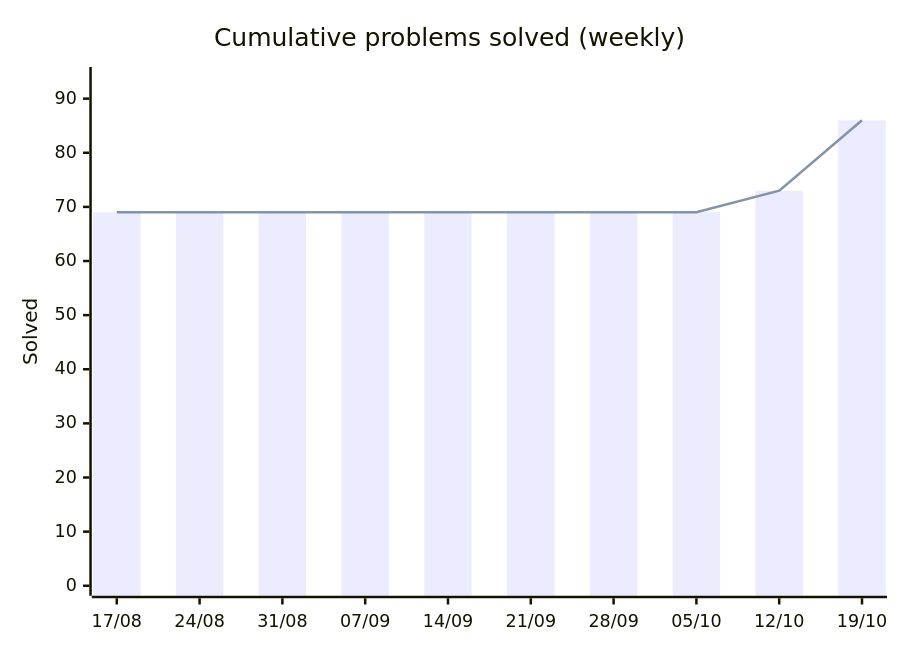
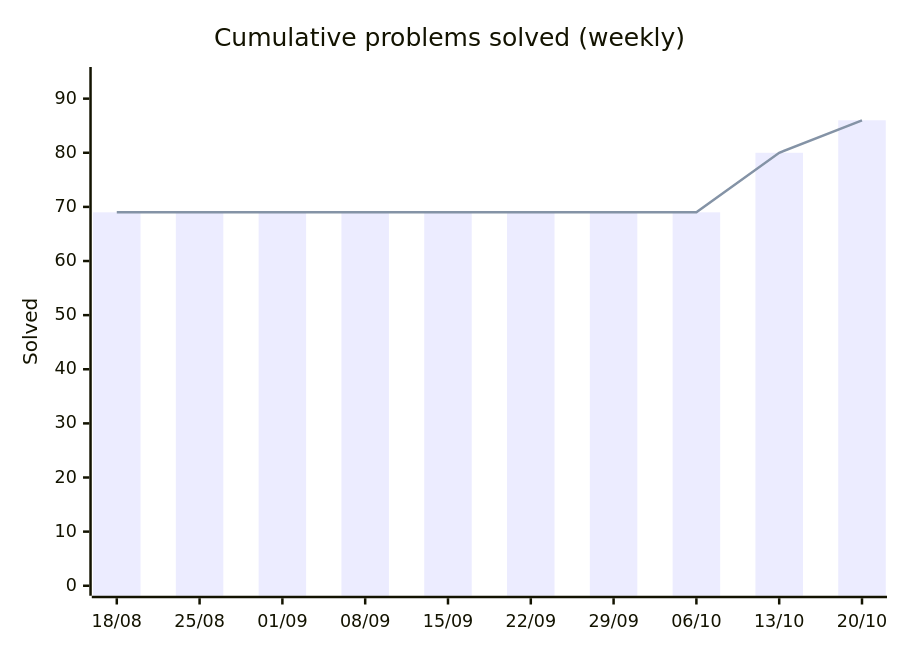
One commit to HarryTrn/TensorTonic-Solutions changed the first of 2 diagrams in README.md. Above: the diagram before and after it, drawn with Mermaid. The commit also changed other lines of this file, not shown here.

````diff
--- a/README.md
+++ b/README.md
@@ -65,8 +65,8 @@
 ```mermaid
 xychart-beta
     title "Cumulative problems solved (weekly)"
-    x-axis ["17/08", "24/08", "31/08", "07/09", "14/09", "21/09", "28/09", "05/10", "12/10", "19/10"]
+    x-axis ["18/08", "25/08", "01/09", "08/09", "15/09", "22/09", "29/09", "06/10", "13/10", "20/10"]
     y-axis "Solved" 0 --> 94
-    bar [69, 69, 69, 69, 69, 69, 69, 69, 73, 86]
-    line [69, 69, 69, 69, 69, 69, 69, 69, 73, 86]
+    bar [69, 69, 69, 69, 69, 69, 69, 69, 80, 86]
+    line [69, 69, 69, 69, 69, 69, 69, 69, 80, 86]
 ```
````
